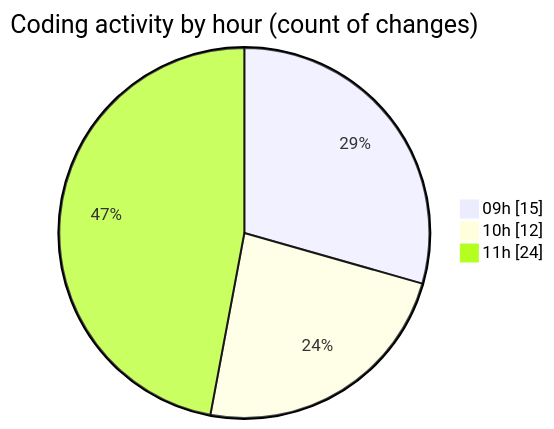
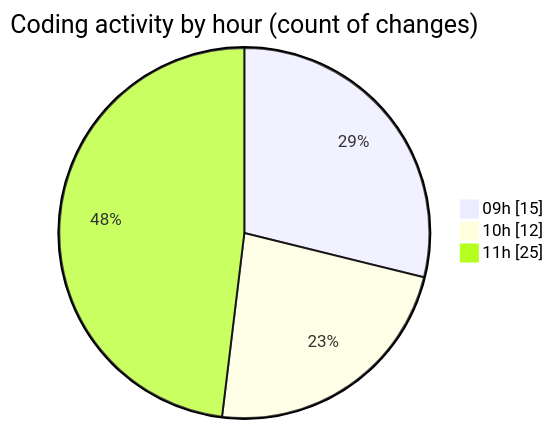
The second of 2 diagrams in 2025-09-16/datanv/README.md (lephambinh05/code-tracking), drawn with Mermaid before and after one commit. The commit also changed other lines of this file and 1 other file, not shown here.

````diff
--- a/2025-09-16/datanv/README.md
+++ b/2025-09-16/datanv/README.md
@@ -49,7 +50,7 @@
 ```mermaid
 pie showData
 title Coding activity by hour (count of changes)
 "09h" : 15
 "10h" : 12
-"11h" : 24
+"11h" : 25
 ```
````
